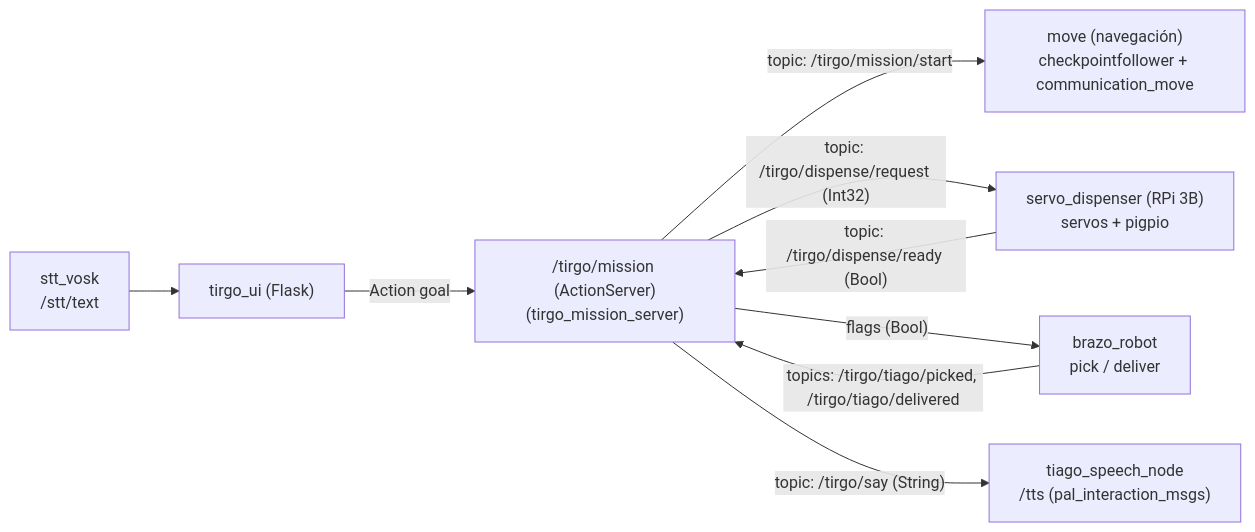
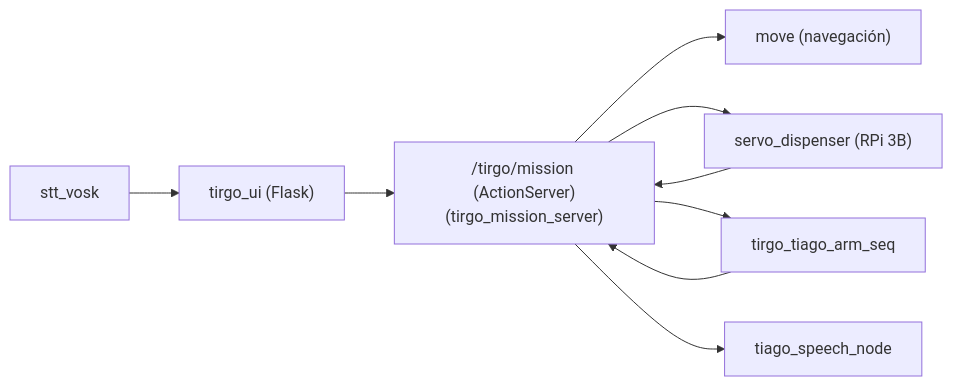
Before and after one commit to lucascampillode/TirGo: the diagram in carpeta_compartida/ros_ws/src/tirgo_bringup/README.md, drawn with Mermaid. The commit also changed other lines of this file, not shown here.

`````diff
--- a/carpeta_compartida/ros_ws/src/tirgo_bringup/README.md
+++ b/carpeta_compartida/ros_ws/src/tirgo_bringup/README.md
@@ -46,25 +74,19 @@
 ```mermaid
 flowchart LR
   UI["tirgo_ui (Flask)"]
   AS["/tirgo/mission (ActionServer)\n(tirgo_mission_server)"]
-  MOVE["move (navegación)\ncheckpointfollower + communication_move"]
-  DISP["servo_dispenser (RPi 3B)\nservos + pigpio"]
-  ARM["brazo_robot\npick / deliver"]
-  TTS["tiago_speech_node\n/tts (pal_interaction_msgs)"]
-  STT["stt_vosk\n/stt/text"]
+  MOVE["move (navegación)"]
+  DISP["servo_dispenser (RPi 3B)"]
+  ARM["tirgo_tiago_arm_seq"]
+  TTS["tiago_speech_node"]
+  STT["stt_vosk"]
 
-  UI -->|"Action goal"| AS
-
-  AS -->|"topic: /tirgo/mission/start"| MOVE
-
-  AS -->|"topic: /tirgo/dispense/request (Int32)"| DISP
-  DISP -->|"topic: /tirgo/dispense/ready (Bool)"| AS
-
-  AS -->|"flags (Bool)"| ARM
-  ARM -->|"topics: /tirgo/tiago/picked, /tirgo/tiago/delivered"| AS
-
-  AS -->|"topic: /tirgo/say (String)"| TTS
-
+  UI --> AS
+  AS --> MOVE
+  AS --> DISP
+  DISP --> AS
+  AS --> ARM
+  ARM --> AS
+  AS --> TTS
   STT --> UI
-
 ````
`````
